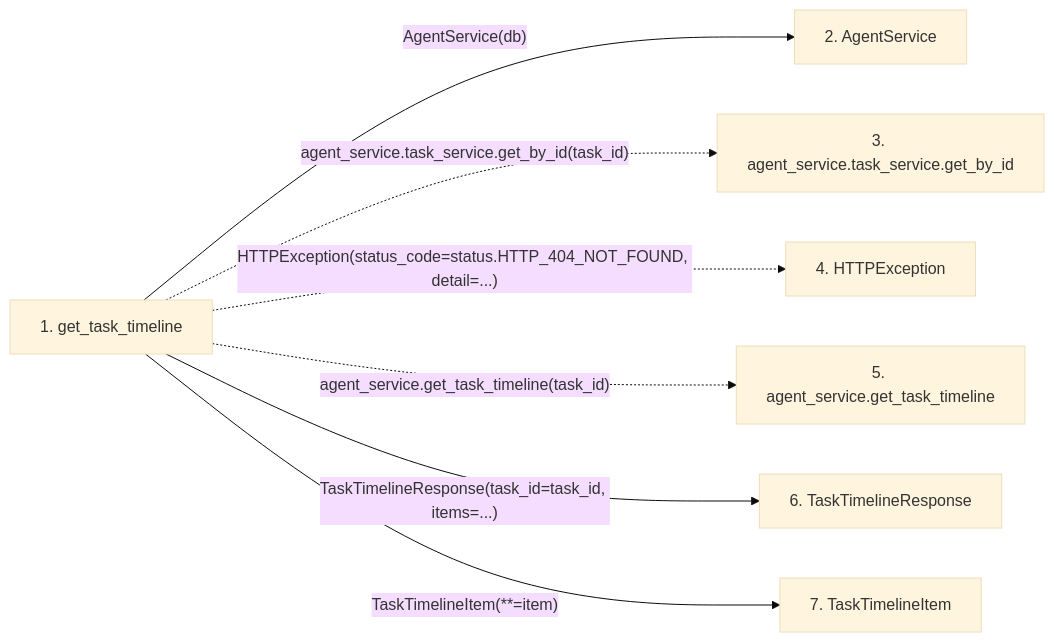
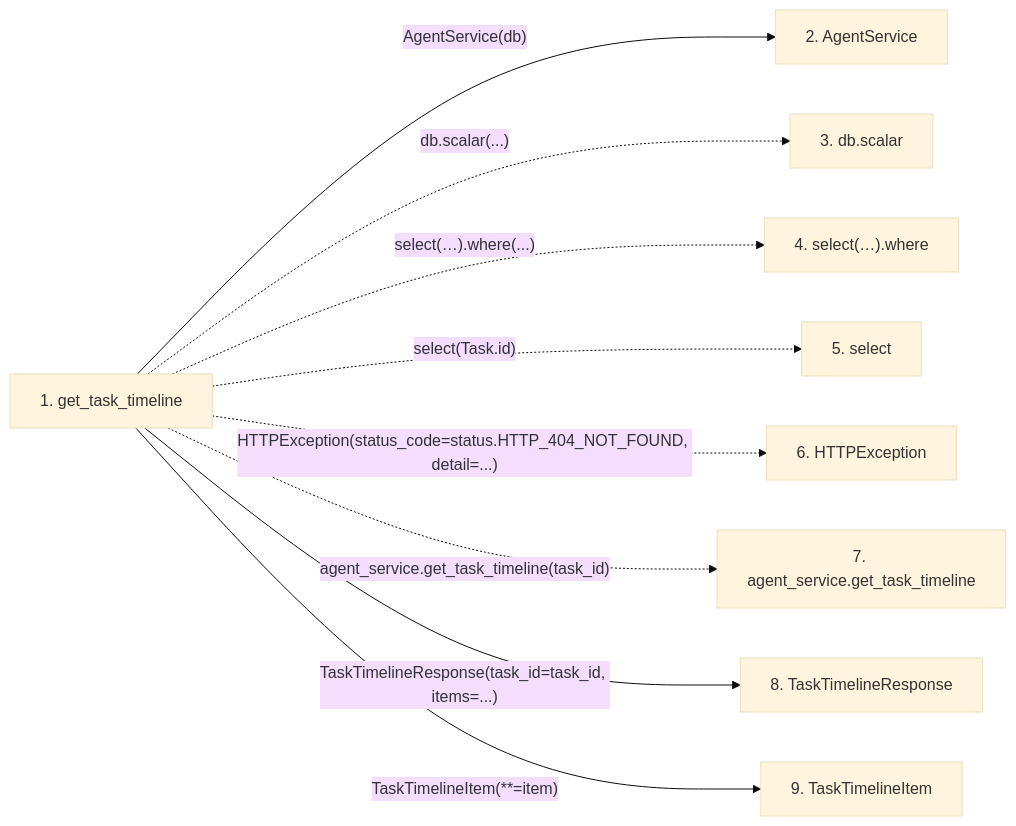
One commit to Denissvgn/WorkChord changed the second of 2 diagrams in docs/llm_wiki/flows/http-get_task_timeline.md. Above: the diagram before and after it, drawn with Mermaid (base theme). The commit also changed other lines of this file and 1238 other files, not shown here.

First line of the commit message:
docs(wiki): publish compact canonical domain architecture

````diff
--- a/docs/llm_wiki/flows/http-get_task_timeline.md
+++ b/docs/llm_wiki/flows/http-get_task_timeline.md
@@ -30,20 +34,24 @@
 ```mermaid
 flowchart LR
     s1["1. get_task_timeline"]
     s2["2. AgentService"]
-    s3["3. agent_service.task_service.get_by_id"]
-    s4["4. HTTPException"]
-    s5["5. agent_service.get_task_timeline"]
-    s6["6. TaskTimelineResponse"]
-    s7["7. TaskTimelineItem"]
+    s3["3. db.scalar"]
+    s4["4. select(…).where"]
+    s5["5. select"]
+    s6["6. HTTPException"]
+    s7["7. agent_service.get_task_timeline"]
+    s8["8. TaskTimelineResponse"]
+    s9["9. TaskTimelineItem"]
     s1 -->|"AgentService(db)"| s2
-    s1 -. "agent_service.task_service.get_by_id(task_id)" .-> s3
-    s1 -. "HTTPException(status_code=status.HTTP_404_NOT_FOUND, detail=...)" .-> s4
-    s1 -. "agent_service.get_task_timeline(task_id)" .-> s5
-    s1 -->|"TaskTimelineResponse(task_id=task_id, items=...)"| s6
-    s1 -->|"TaskTimelineItem(**=item)"| s7
+    s1 -. "db.scalar(...)" .-> s3
+    s1 -. "select(…).where(...)" .-> s4
+    s1 -. "select(Task.id)" .-> s5
+    s1 -. "HTTPException(status_code=status.HTTP_404_NOT_FOUND, detail=...)" .-> s6
+    s1 -. "agent_service.get_task_timeline(task_id)" .-> s7
+    s1 -->|"TaskTimelineResponse(task_id=task_id, items=...)"| s8
+    s1 -->|"TaskTimelineItem(**=item)"| s9
     click s1 "../modules/tasks.md"
     click s2 "../modules/agent_service.md"
-    click s6 "../modules/schemas_agent.md"
-    click s7 "../modules/schemas_agent.md"
+    click s8 "../modules/schemas_agent.md"
+    click s9 "../modules/schemas_agent.md"
 ```
````
